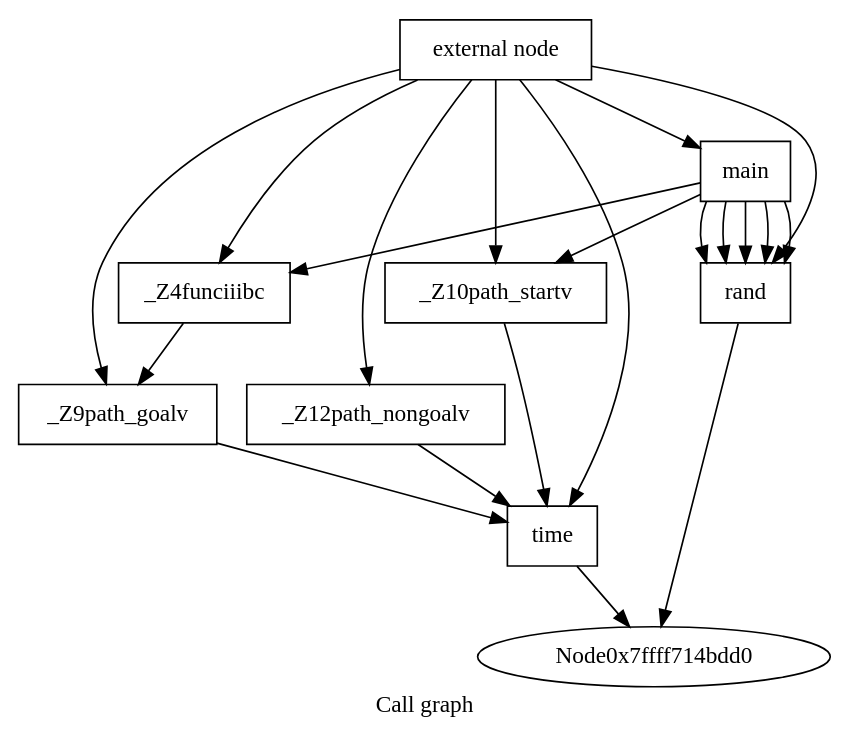
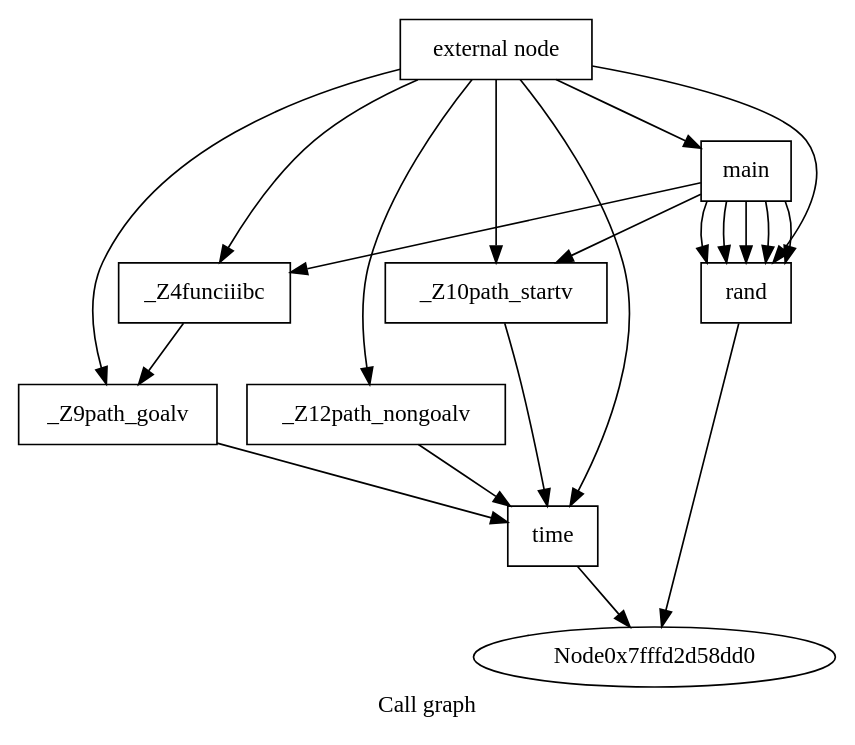
Before and after one commit to toor-de-force/ghidrall: the diagram in ghidrall/comparator/call_results/callgraph.dot, drawn with Graphviz. The commit also changed 14 other files, not shown here.

```diff
--- a/ghidrall/comparator/call_results/callgraph.dot
+++ b/ghidrall/comparator/call_results/callgraph.dot
@@ -1,32 +1,32 @@
 digraph "Call graph" {
 	label="Call graph";
 
-	Node0x7ffff714b630 [shape=record,label="{external node}"];
-	Node0x7ffff714b630 -> Node0x7ffff714be40;
-	Node0x7ffff714b630 -> Node0x7ffff714bee0;
-	Node0x7ffff714b630 -> Node0x7ffff714bfd0;
-	Node0x7ffff714b630 -> Node0x7ffff714c070;
-	Node0x7ffff714b630 -> Node0x7ffff714c540;
-	Node0x7ffff714b630 -> Node0x7ffff714c6f0;
-	Node0x7ffff714b630 -> Node0x7ffff714c790;
-	Node0x7ffff714be40 [shape=record,label="{_Z10path_startv}"];
-	Node0x7ffff714be40 -> Node0x7ffff714bee0;
-	Node0x7ffff714bee0 [shape=record,label="{time}"];
-	Node0x7ffff714bee0 -> Node0x7ffff714bdd0;
-	Node0x7ffff714bfd0 [shape=record,label="{_Z9path_goalv}"];
-	Node0x7ffff714bfd0 -> Node0x7ffff714bee0;
-	Node0x7ffff714c070 [shape=record,label="{_Z12path_nongoalv}"];
-	Node0x7ffff714c070 -> Node0x7ffff714bee0;
-	Node0x7ffff714c540 [shape=record,label="{_Z4funciiibc}"];
-	Node0x7ffff714c540 -> Node0x7ffff714bfd0;
-	Node0x7ffff714c6f0 [shape=record,label="{main}"];
-	Node0x7ffff714c6f0 -> Node0x7ffff714be40;
-	Node0x7ffff714c6f0 -> Node0x7ffff714c790;
-	Node0x7ffff714c6f0 -> Node0x7ffff714c790;
-	Node0x7ffff714c6f0 -> Node0x7ffff714c790;
-	Node0x7ffff714c6f0 -> Node0x7ffff714c790;
-	Node0x7ffff714c6f0 -> Node0x7ffff714c790;
-	Node0x7ffff714c6f0 -> Node0x7ffff714c540;
-	Node0x7ffff714c790 [shape=record,label="{rand}"];
-	Node0x7ffff714c790 -> Node0x7ffff714bdd0;
+	Node0x7fffd2d58630 [shape=record,label="{external node}"];
+	Node0x7fffd2d58630 -> Node0x7fffd2d58e40;
+	Node0x7fffd2d58630 -> Node0x7fffd2d58ee0;
+	Node0x7fffd2d58630 -> Node0x7fffd2d58fd0;
+	Node0x7fffd2d58630 -> Node0x7fffd2d59070;
+	Node0x7fffd2d58630 -> Node0x7fffd2d59540;
+	Node0x7fffd2d58630 -> Node0x7fffd2d596f0;
+	Node0x7fffd2d58630 -> Node0x7fffd2d59790;
+	Node0x7fffd2d58e40 [shape=record,label="{_Z10path_startv}"];
+	Node0x7fffd2d58e40 -> Node0x7fffd2d58ee0;
+	Node0x7fffd2d58ee0 [shape=record,label="{time}"];
+	Node0x7fffd2d58ee0 -> Node0x7fffd2d58dd0;
+	Node0x7fffd2d58fd0 [shape=record,label="{_Z9path_goalv}"];
+	Node0x7fffd2d58fd0 -> Node0x7fffd2d58ee0;
+	Node0x7fffd2d59070 [shape=record,label="{_Z12path_nongoalv}"];
+	Node0x7fffd2d59070 -> Node0x7fffd2d58ee0;
+	Node0x7fffd2d59540 [shape=record,label="{_Z4funciiibc}"];
+	Node0x7fffd2d59540 -> Node0x7fffd2d58fd0;
+	Node0x7fffd2d596f0 [shape=record,label="{main}"];
+	Node0x7fffd2d596f0 -> Node0x7fffd2d58e40;
+	Node0x7fffd2d596f0 -> Node0x7fffd2d59790;
+	Node0x7fffd2d596f0 -> Node0x7fffd2d59790;
+	Node0x7fffd2d596f0 -> Node0x7fffd2d59790;
+	Node0x7fffd2d596f0 -> Node0x7fffd2d59790;
+	Node0x7fffd2d596f0 -> Node0x7fffd2d59790;
+	Node0x7fffd2d596f0 -> Node0x7fffd2d59540;
+	Node0x7fffd2d59790 [shape=record,label="{rand}"];
+	Node0x7fffd2d59790 -> Node0x7fffd2d58dd0;
 }
```
